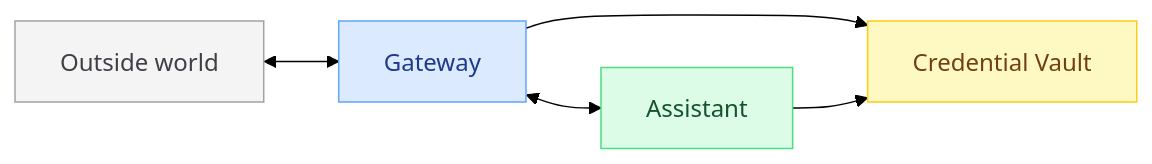
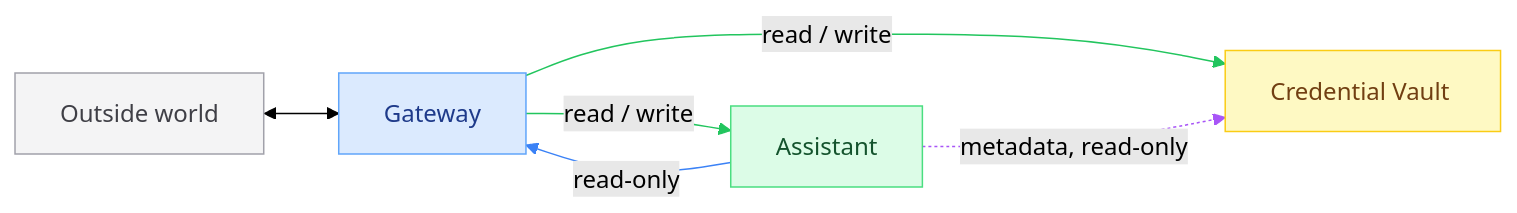
The second of 3 diagrams in clients/docs/src/content/architecture.md (vargasjr-dev/mycadet-temp), drawn with Mermaid (forest theme) before and after one commit. The commit also changed other lines of this file and 22 other files, not shown here.

````diff
--- a/clients/docs/src/content/architecture.md
+++ b/clients/docs/src/content/architecture.md
@@ -50,17 +48,22 @@
 ```mermaid
 flowchart LR
   classDef world fill:#f4f4f5,stroke:#a1a1aa,color:#3f3f46
   classDef gateway fill:#dbeafe,stroke:#60a5fa,color:#1e3a8a
   classDef assistant fill:#dcfce7,stroke:#4ade80,color:#14532d
   classDef vault fill:#fef9c3,stroke:#facc15,color:#713f12
 
   World["Outside world"]:::world
   Gateway["Gateway"]:::gateway
   Assistant["Assistant"]:::assistant
-  CES["Credential Vault"]:::vault
+  CES["Credential Vault&nbsp;"]:::vault
 
   World <--> Gateway
-  Gateway <--> Assistant
-  Gateway --> CES
-  Assistant --> CES
+  Gateway -->|"read / write"| Assistant
+  Assistant -->|"read-only"| Gateway
+  Gateway -->|"read / write"| CES
+  Assistant -.->|"metadata, read-only"| CES
+  linkStyle 1 stroke:#22c55e
+  linkStyle 2 stroke:#3b82f6
+  linkStyle 3 stroke:#22c55e
+  linkStyle 4 stroke:#a855f7
 ```
````
